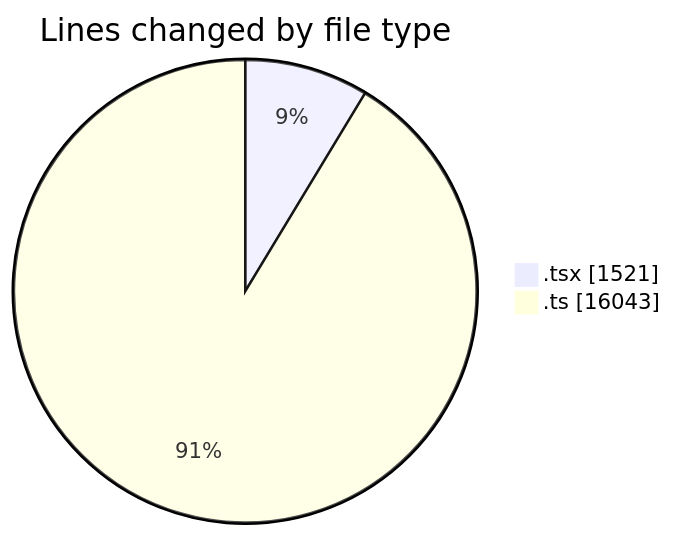
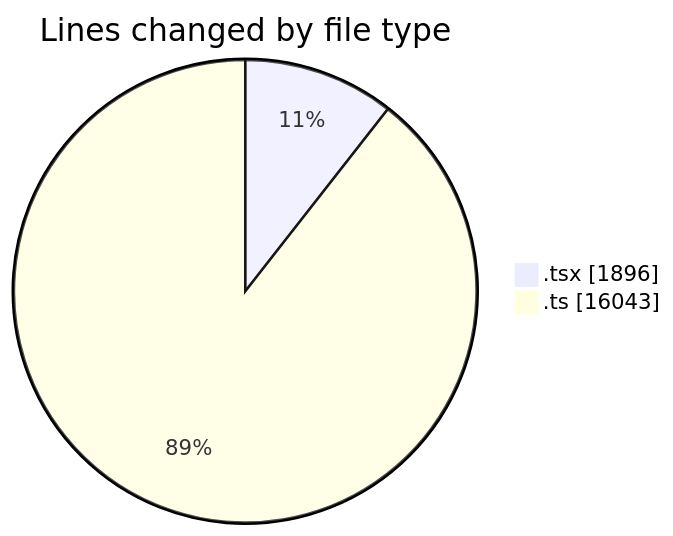
Before and after one commit to momahboobian/code-tracking: the first of 2 diagrams in 2025-07-07/cda/README.md, drawn with Mermaid. The commit also changed other lines of this file and 1 other file, not shown here.

````diff
--- a/2025-07-07/cda/README.md
+++ b/2025-07-07/cda/README.md
@@ -26,6 +27,6 @@
 ```mermaid
 pie showData
 title Lines changed by file type
-".tsx" : 1521
+".tsx" : 1896
 ".ts" : 16043
 ```
````
